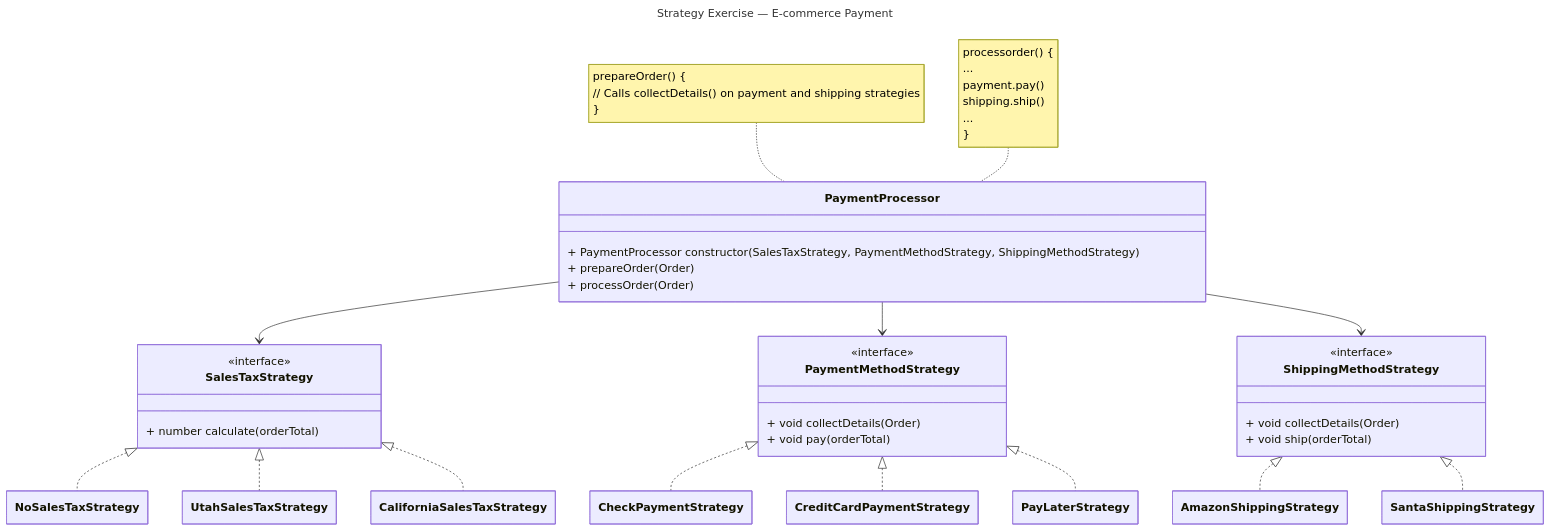
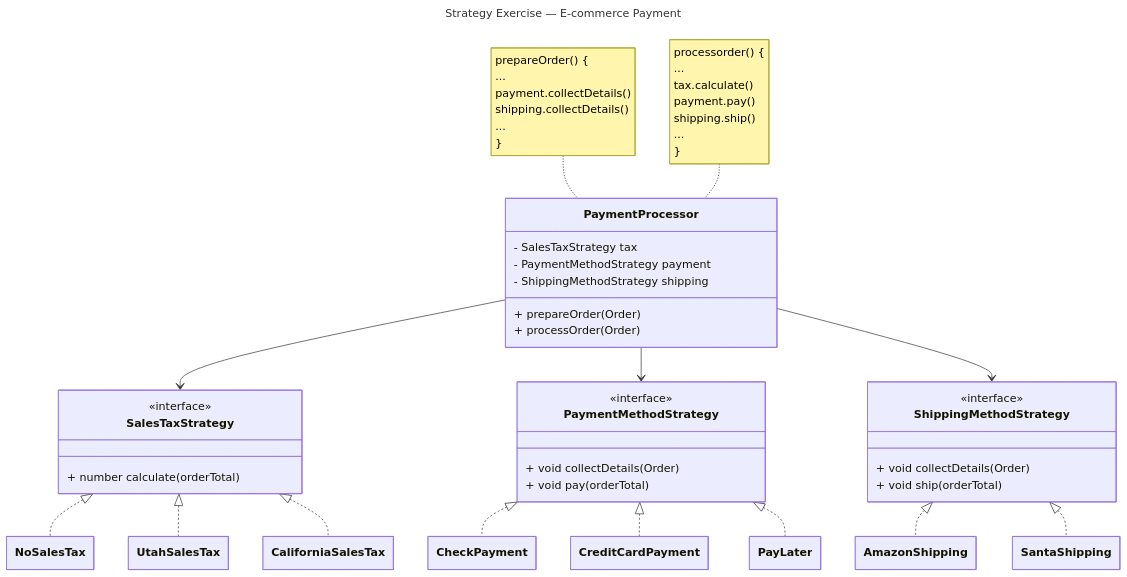
Before and after one commit to frozenfrank/cs340-assignments: the third of 4 diagrams in README.md, drawn with Mermaid. The commit also changed other lines of this file, not shown here.

Commit message:
Update README.md Improve accuracy and adjust formatting

````diff
--- a/README.md
+++ b/README.md
@@ -91,47 +91,49 @@
 ```mermaid
 ---
 title: Strategy Exercise — E-commerce Payment
 config:
   class:
     hideEmptyMembersBox: true
 ---
 classDiagram
 direction TB
 
 class SalesTaxStrategy {
   <<interface>>
   + number calculate(orderTotal)
 }
 
 class PaymentMethodStrategy {
   <<interface>>
   + void collectDetails(Order)
   + void pay(orderTotal)
 }
 
 class ShippingMethodStrategy {
   <<interface>>
   + void collectDetails(Order)
   + void ship(orderTotal)
 }
 
-PaymentProcessor : + PaymentProcessor constructor(SalesTaxStrategy, PaymentMethodStrategy, ShippingMethodStrategy)
+PaymentProcessor : - SalesTaxStrategy tax
+PaymentProcessor : - PaymentMethodStrategy payment
+PaymentProcessor : - ShippingMethodStrategy shipping
 PaymentProcessor : + prepareOrder(Order)
 PaymentProcessor : + processOrder(Order)
 PaymentProcessor --> SalesTaxStrategy
 PaymentProcessor --> PaymentMethodStrategy
 PaymentProcessor --> ShippingMethodStrategy
-note for PaymentProcessor "prepareOrder() {<br>// Calls collectDetails() on payment and shipping strategies <br>}"
-note for PaymentProcessor "processorder() {<br>...<br> payment.pay()<br> shipping.ship()<br>... <br>}"
+note for PaymentProcessor "prepareOrder() {<br>...<br>payment.collectDetails()<br>shipping.collectDetails()<br>... <br>}"
+note for PaymentProcessor "processorder() {<br>...<br>tax.calculate()<br> payment.pay()<br> shipping.ship()<br>... <br>}"
 
-SalesTaxStrategy <|.. NoSalesTaxStrategy
-SalesTaxStrategy <|.. UtahSalesTaxStrategy
-SalesTaxStrategy <|.. CaliforniaSalesTaxStrategy
+SalesTaxStrategy <|.. NoSalesTax
+SalesTaxStrategy <|.. UtahSalesTax
+SalesTaxStrategy <|.. CaliforniaSalesTax
 
-ShippingMethodStrategy <|.. AmazonShippingStrategy
-ShippingMethodStrategy <|.. SantaShippingStrategy
+ShippingMethodStrategy <|.. AmazonShipping
+ShippingMethodStrategy <|.. SantaShipping
 
-PaymentMethodStrategy <|.. CheckPaymentStrategy
-PaymentMethodStrategy <|.. CreditCardPaymentStrategy
-PaymentMethodStrategy <|.. PayLaterStrategy
+PaymentMethodStrategy <|.. CheckPayment
+PaymentMethodStrategy <|.. CreditCardPayment
+PaymentMethodStrategy <|.. PayLater
 ```
````
